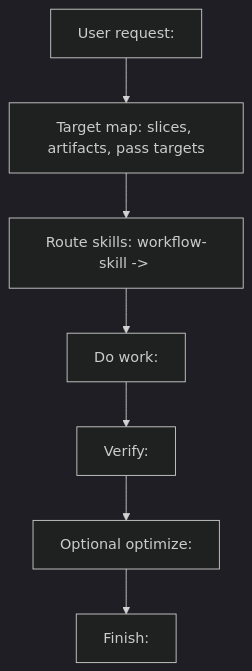
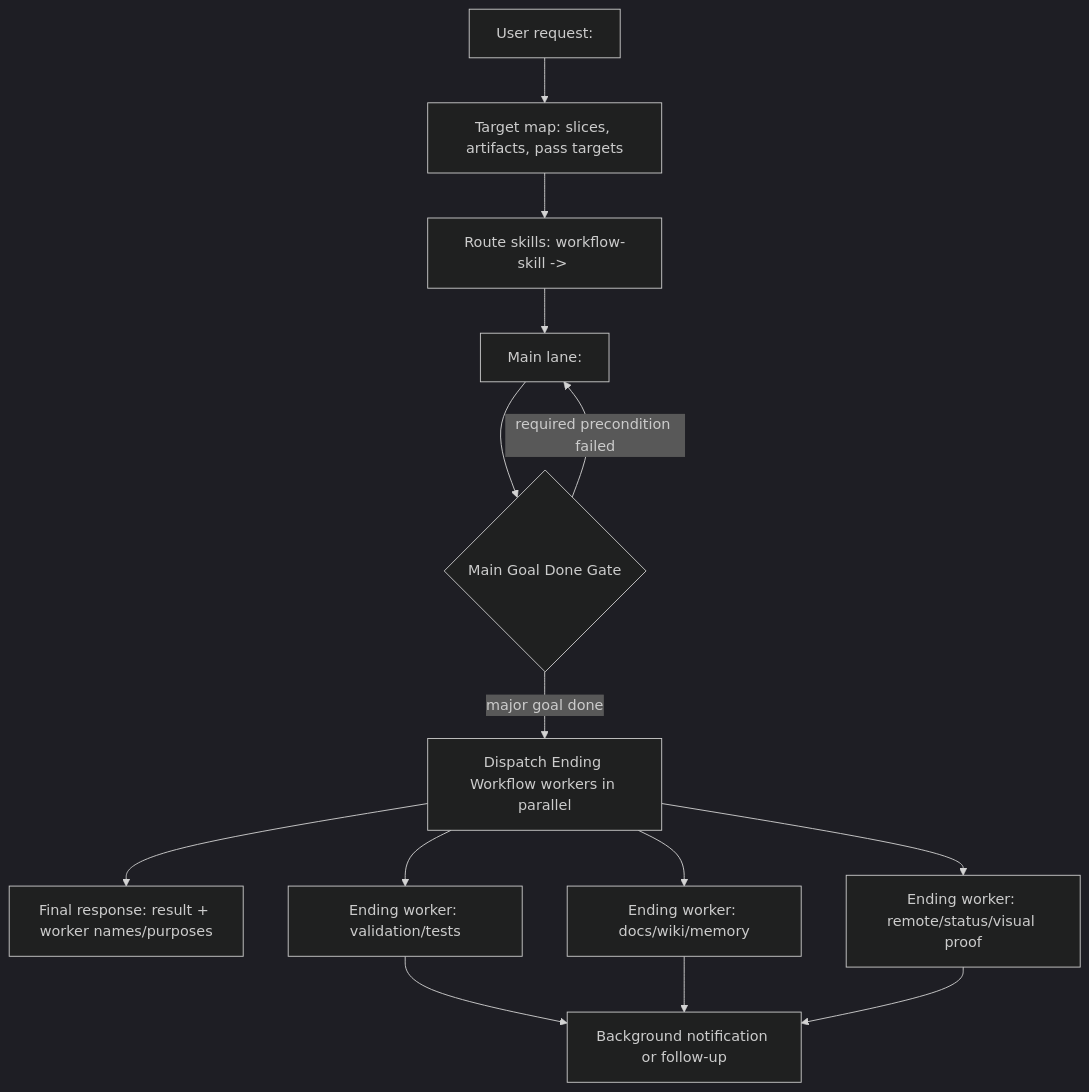
One commit to qinbatista/qin-codex-skills changed the second of 4 diagrams in workflow-skill/references/start-diagram-template.md. Above: the diagram before and after it, drawn with Mermaid (dark theme). The commit also changed other lines of this file and 3 other files, not shown here.

Commit message:
Clarify workflow main and ending lanes

````diff
--- a/workflow-skill/references/start-diagram-template.md
+++ b/workflow-skill/references/start-diagram-template.md
@@ -21,9 +21,16 @@
 ```mermaid
 flowchart TD
   A["User request: <short request>"] --> B["Target map: slices, artifacts, pass targets"]
   B --> C["Route skills: workflow-skill -> <executor skills>"]
-  C --> D["Do work: <actual files/artifacts/actions>"]
-  D --> E["Verify: <real command/input/output + pass criteria>"]
-  E --> F["Optional optimize: <only if gate passes>"]
-  F --> G["Finish: <final answer/report/push>"]
+  C --> D["Main lane: <produce requested result>"]
+  D --> E{"Main Goal Done Gate"}
+  E -->|required precondition failed| D
+  E -->|major goal done| F["Dispatch Ending Workflow workers in parallel"]
+  F --> G["Final response: result + worker names/purposes"]
+  F --> H["Ending worker: validation/tests"]
+  F --> I["Ending worker: docs/wiki/memory"]
+  F --> J["Ending worker: remote/status/visual proof"]
+  H --> K["Background notification or follow-up"]
+  I --> K
+  J --> K
 ```
````
